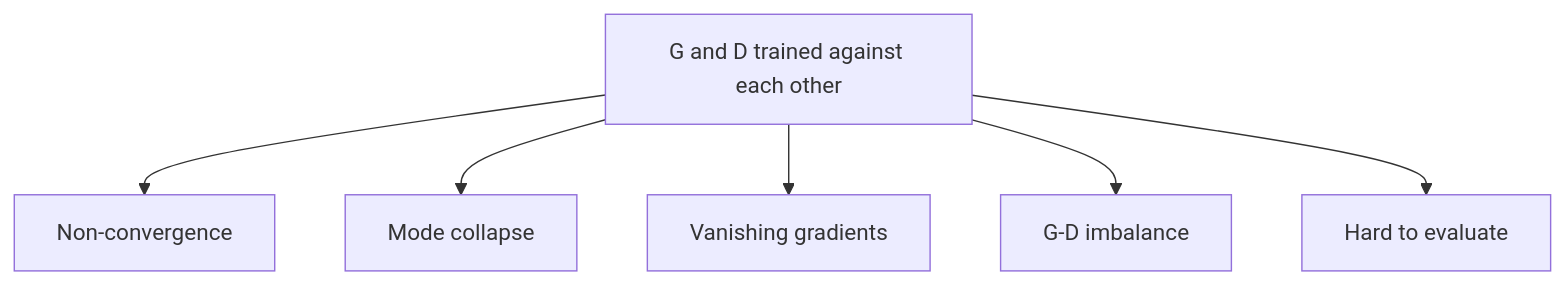
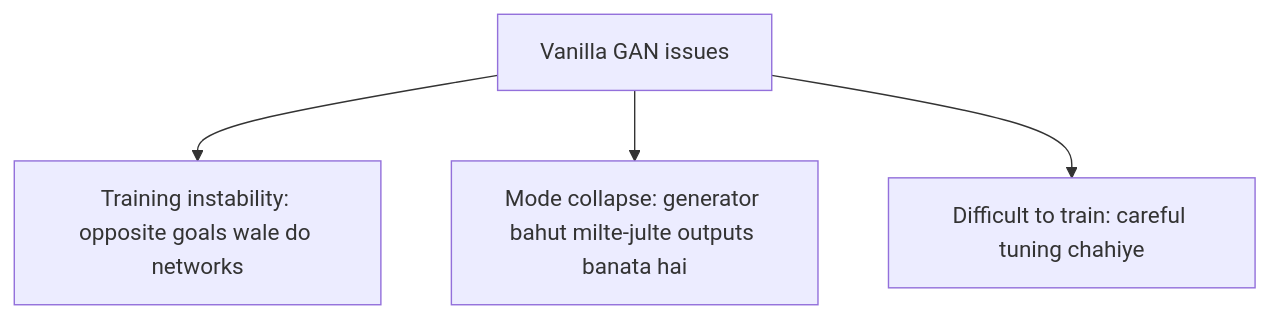
One commit to TrendySloth1001/sem-seven-notes changed the diagram in content/deep-learning/pyq/2024-05/q4b.hi.mdx. Above: the diagram before and after it, drawn with Mermaid. The commit also changed other lines of this file and 168 other files, not shown here.

````diff
--- a/content/deep-learning/pyq/2024-05/q4b.hi.mdx
+++ b/content/deep-learning/pyq/2024-05/q4b.hi.mdx
@@ -13,9 +7,7 @@
 ```mermaid
-%% caption: Paanch issues ek root se nikalti hain: do networks ek doosre ke against train hote hain. Low quality aur no control design se aate hain.
+%% caption: Vanilla GAN ke teen issues, jaise class mein bataaye gaye.
 flowchart TD
-  R["G and D trained against each other"] --> A["Non-convergence"]
-  R --> B["Mode collapse"]
-  R --> C["Vanishing gradients"]
-  R --> E["G-D imbalance"]
-  R --> F["Hard to evaluate"]
+  A["Vanilla GAN issues"] --> B["Training instability: opposite goals wale do networks"]
+  A --> C["Mode collapse: generator bahut milte-julte outputs banata hai"]
+  A --> D["Difficult to train: careful tuning chahiye"]
 ```
````
